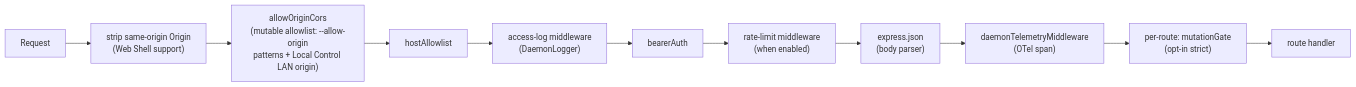
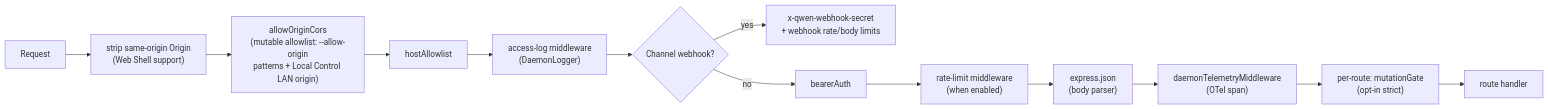
Before and after one commit to QwenLM/qwen-code: the first of 4 diagrams in docs/developers/daemon/12-auth-security.md, drawn with Mermaid. The commit also changed other lines of this file and 12 other files, not shown here.

````diff
--- a/docs/developers/daemon/12-auth-security.md
+++ b/docs/developers/daemon/12-auth-security.md
@@ -59,13 +59,15 @@
 ```mermaid
 flowchart LR
     REQ[Request] --> SO["strip same-origin Origin<br/>(Web Shell support)"]
     SO --> AO["allowOriginCors<br/>(mutable allowlist: --allow-origin<br/>patterns + Local Control LAN origin)"]
     AO --> HA["hostAllowlist"]
     HA --> LOG["access-log middleware<br/>(DaemonLogger)"]
-    LOG --> BA["bearerAuth"]
+    LOG --> WH{"Channel webhook?"}
+    WH -->|yes| WS["x-qwen-webhook-secret<br/>+ webhook rate/body limits"]
+    WH -->|no| BA["bearerAuth"]
     BA --> RL["rate-limit middleware<br/>(when enabled)"]
     RL --> JSON["express.json<br/>(body parser)"]
     JSON --> TEL["daemonTelemetryMiddleware<br/>(OTel span)"]
     TEL --> MG["per-route: mutationGate<br/>(opt-in strict)"]
     MG --> HANDLER["route handler"]
 ```
````
